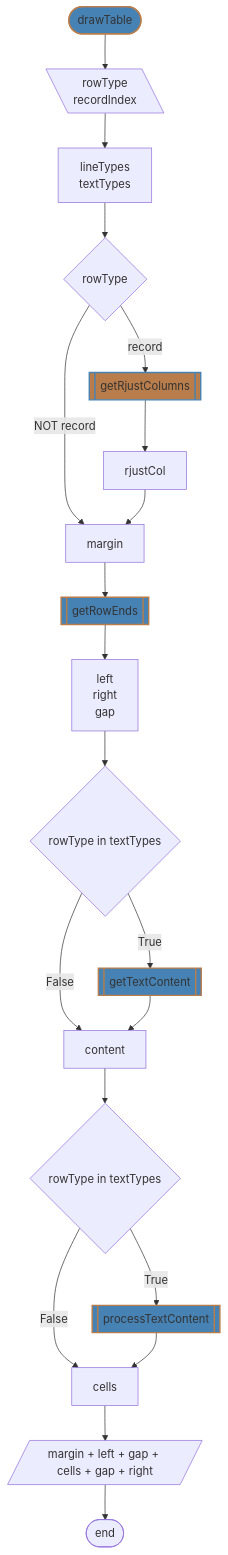
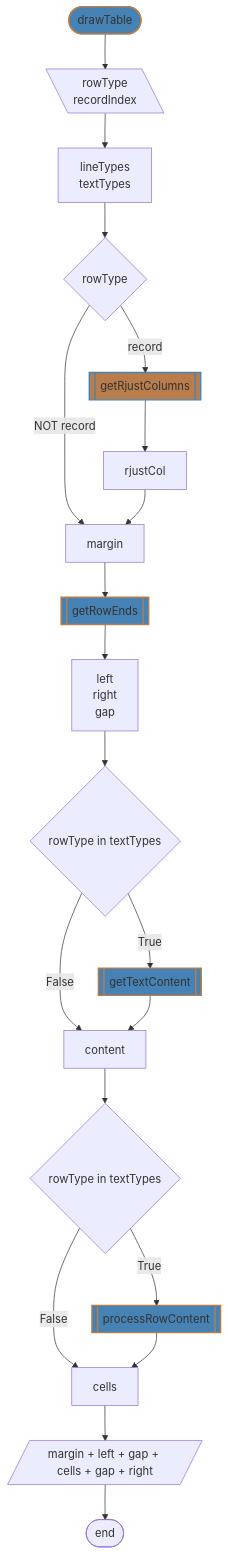
Before and after one commit to 7s4e/p3: diagram 20 of 23 in scripts/console/design.md, drawn with Mermaid. The commit also changed other lines of this file and 2 other files, not shown here.

Commit message:
stub testGetRowContent

````diff
--- a/scripts/console/design.md
+++ b/scripts/console/design.md
@@ -628,45 +628,45 @@
 ```mermaid
 flowchart
     classDef this fill:#4682b4,stroke:#b97d4b,stroke-width:2px
     classDef that fill:#b97d4b,stroke:#4682b4,stroke-width:2px
     DTBL([drawTable]):::this
         DTBL --> RTRI
     RTRI[\rowType
           recordIndex\]
         RTRI --> SLTT
     SLTT[lineTypes
          textTypes]
         SLTT --> RTYP
     RTYP{rowType}
         RTYP -- record --> GRJC
         RTYP -- NOT record --> SMRG
     GRJC[[getRjustColumns]]:::that
         GRJC --> SRJC
     SRJC[rjustCol]
         SRJC --> SMRG
     SMRG[margin]
         SMRG --> GRWE
     GRWE[[getRowEnds]]:::this
         GRWE --> SLRG
     SLRG[left
          right
          gap]
         SLRG --> RTT1
     RTT1{rowType in textTypes}
         RTT1 -- True  --> GTXC
         RTT1 -- False --> SCNT
     GTXC[[getTextContent]]:::this
         GTXC --> SCNT
     SCNT[content]
         SCNT --> RTT2
     RTT2{rowType in textTypes}
         RTT2 -- True  --> PTXC
         RTT2 -- False --> SCLL
-    PTXC[[processTextContent]]:::this
+    PTXC[[processRowContent]]:::this
         PTXC --> SCLL
     SCLL[cells]
         SCLL --> PRNT
     PRNT[/margin + left + gap + cells + gap + right/]
         PRNT --> THEE
     THEE([end])
 ```
````
